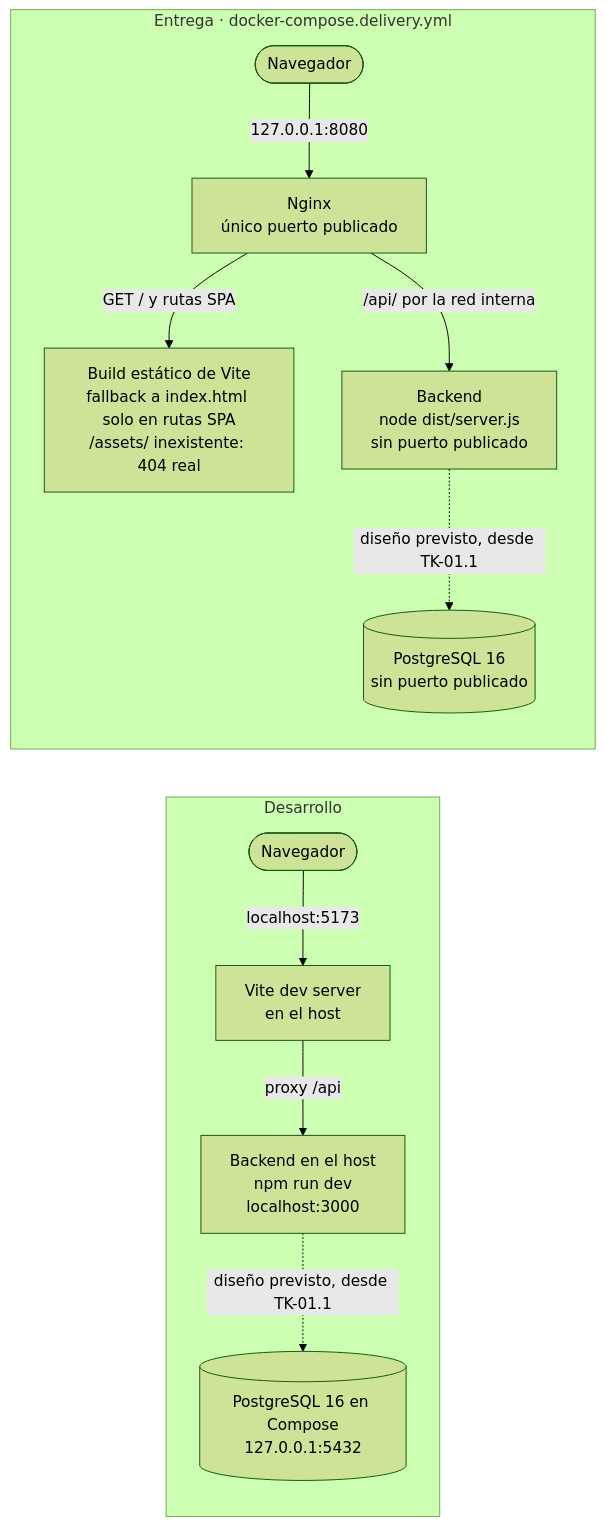
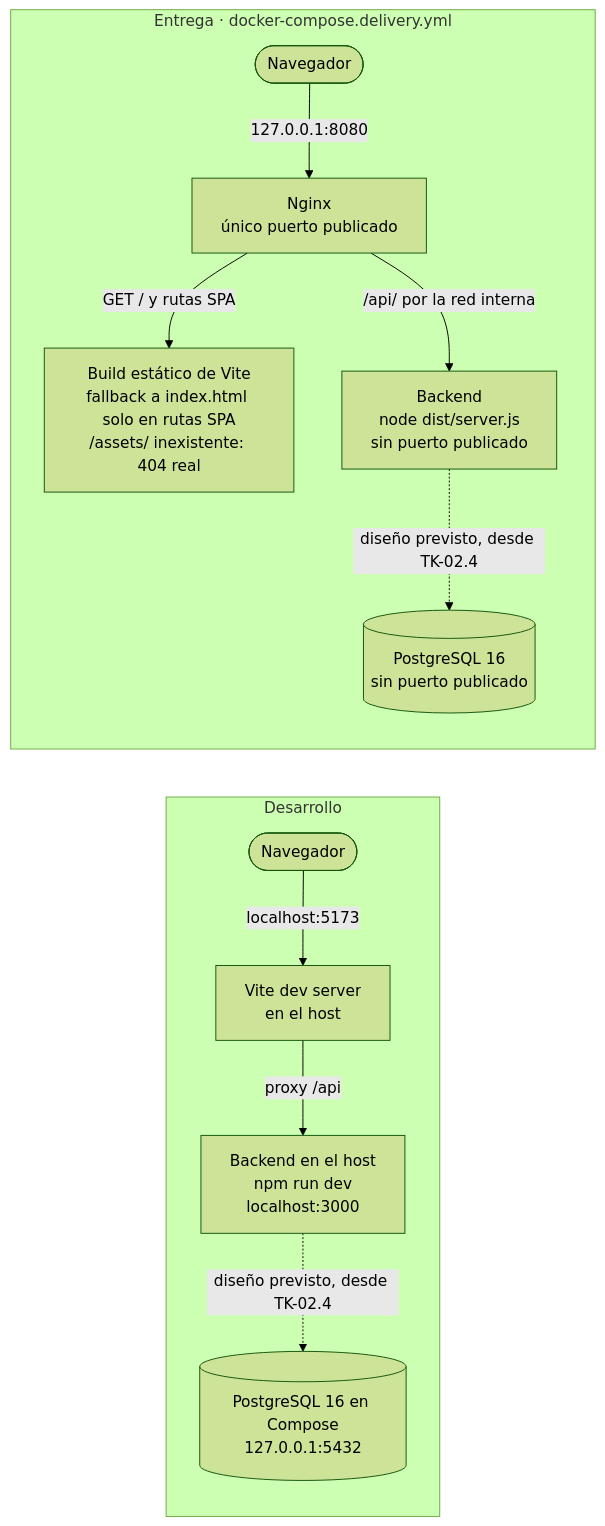
Before and after one commit to Hely-son/Helyson-perdomo-proyecto-final: the second of 3 diagrams in docs/ARCHITECTURE.md, drawn with Mermaid (forest theme). The commit also changed other lines of this file and 13 other files, not shown here.

````diff
--- a/docs/ARCHITECTURE.md
+++ b/docs/ARCHITECTURE.md
@@ -39,15 +39,15 @@
 ```mermaid
 flowchart LR
     subgraph dev[Desarrollo]
         navD([Navegador]) -->|localhost:5173| vite[Vite dev server<br/>en el host]
         vite -->|proxy /api| beD[Backend en el host<br/>npm run dev<br/>localhost:3000]
-        beD -.->|diseño previsto, desde TK-01.1| dbD[(PostgreSQL 16 en Compose<br/>127.0.0.1:5432)]
+        beD -.->|diseño previsto, desde TK-02.4| dbD[(PostgreSQL 16 en Compose<br/>127.0.0.1:5432)]
     end
 
     subgraph ent[Entrega · docker-compose.delivery.yml]
         navE([Navegador]) -->|127.0.0.1:8080| nginx[Nginx<br/>único puerto publicado]
         nginx -->|GET / y rutas SPA| build[Build estático de Vite<br/>fallback a index.html solo en rutas SPA<br/>/assets/ inexistente: 404 real]
         nginx -->|/api/ por la red interna| beE[Backend<br/>node dist/server.js<br/>sin puerto publicado]
-        beE -.->|diseño previsto, desde TK-01.1| dbE[(PostgreSQL 16<br/>sin puerto publicado)]
+        beE -.->|diseño previsto, desde TK-02.4| dbE[(PostgreSQL 16<br/>sin puerto publicado)]
     end
 ```
````
